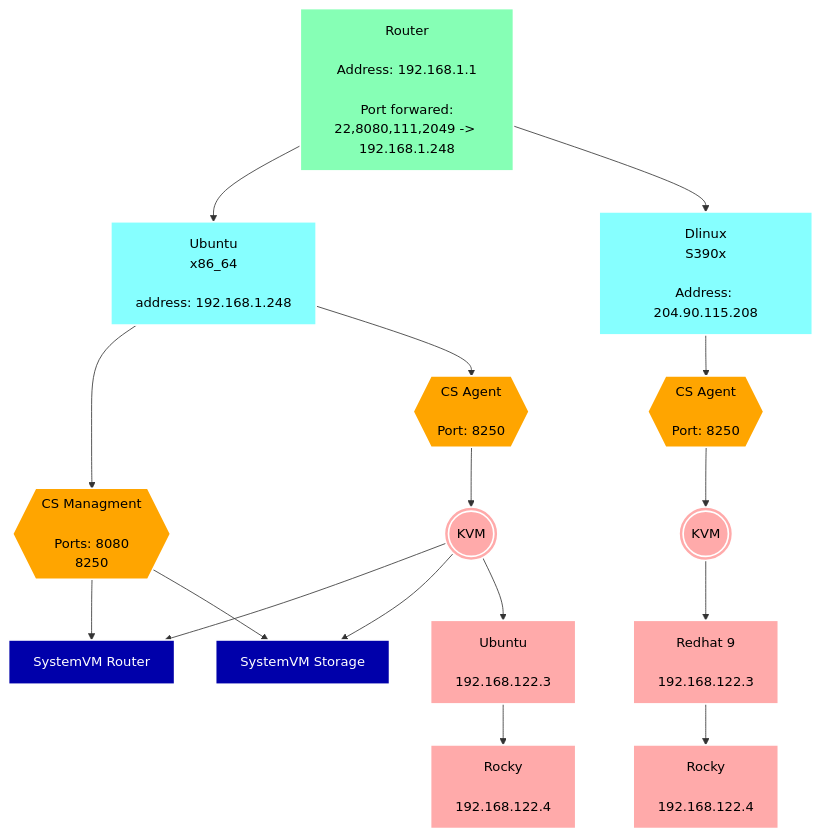
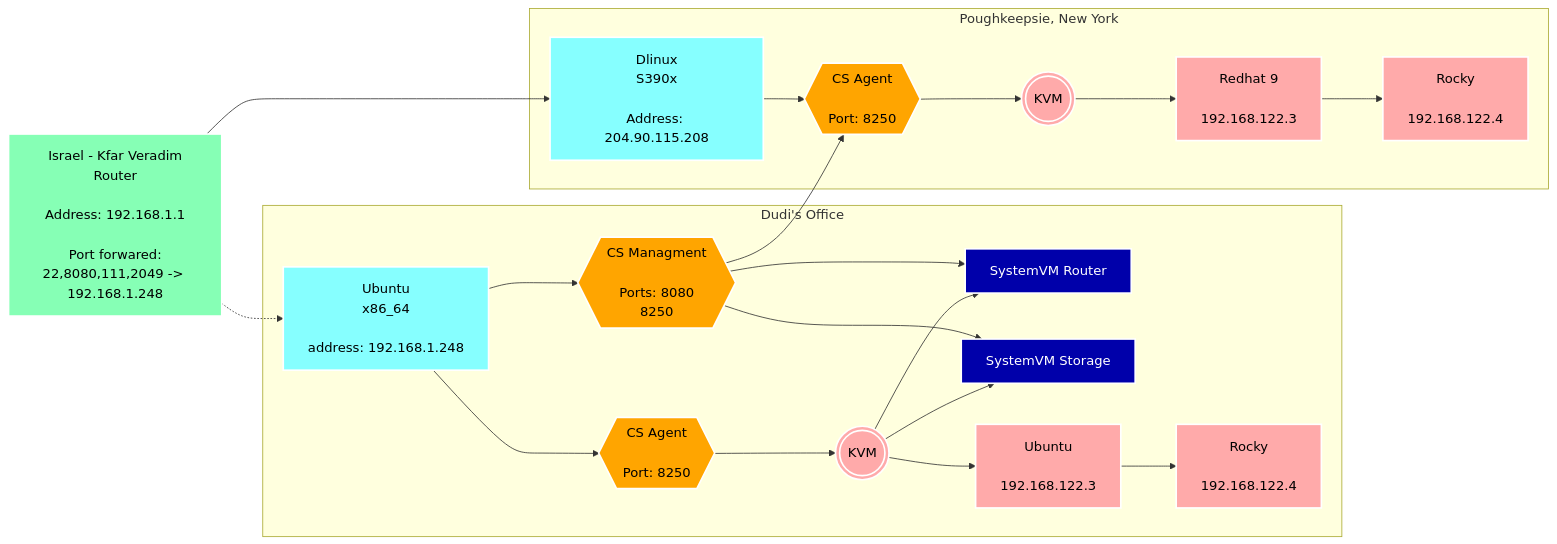
The first of 2 diagrams in README.md (davidb-logon/scripts), drawn with Mermaid before and after one commit. The commit also changed other lines of this file, not shown here.

Commit message:
update mermaid

````diff
--- a/README.md
+++ b/README.md
@@ -3,48 +3,55 @@
 ```mermaid
 
-flowchart TB
-  node_1["Router\n\nAddress: 192.168.1.1\n\nPort forwared:\n22,8080,111,2049 -#gt; 192.168.1.248"]
-  node_2["Ubuntu\nx86_64\n\naddress: 192.168.1.248"]
-  node_3["Dlinux\nS390x\n\nAddress: 204.90.115.208"]
-  node_4((("KVM")))
-  node_5((("KVM")))
-  node_6["SystemVM Router"]
-  node_7["SystemVM Storage"]
-  node_8["Ubuntu\n\n192.168.122.3"]
-  node_12["Rocky\n\n192.168.122.4"]
-  node_11["Redhat 9\n\n192.168.122.3"]
-  node_13["Rocky\n\n192.168.122.4"]
-  node_14{{"CS Managment\n\nPorts: 8080\n8250"}}
-  node_15{{"CS Agent\n\nPort: 8250"}}
-  node_16{{"CS Agent\n\nPort: 8250"}}
-  node_1 --> node_2
+flowchart LR
+  node_1["Israel - Kfar Veradim\nRouter\n\nAddress: 192.168.1.1\n\nPort forwared:\n22,8080,111,2049 -#gt; 192.168.1.248"]
+
+  subgraph Dudi's Office
+    node_2["Ubuntu\nx86_64\n\naddress: 192.168.1.248"]
+    node_4((("KVM")))
+    node_6["SystemVM Router"]
+    node_7["SystemVM Storage"]
+    node_14{{"CS Managment\n\nPorts: 8080\n8250"}}
+    node_15{{"CS Agent\n\nPort: 8250"}}
+    node_8["Ubuntu\n\n192.168.122.3"]
+    node_12["Rocky\n\n192.168.122.4"]
+  end
+  subgraph "Poughkeepsie, New York"
+    node_3["Dlinux\nS390x\n\nAddress: 204.90.115.208"]
+    node_11["Redhat 9\n\n192.168.122.3"]
+    node_13["Rocky\n\n192.168.122.4"]
+    node_5((("KVM")))
+    node_16{{"CS Agent\n\nPort: 8250"}}
+  end
+    
+  node_1 -.-> node_2
   node_1 --> node_3
   node_4 --> node_6
   node_4 --> node_7
   node_4 --> node_8
   node_5 --> node_11
   node_8 --> node_12
   node_11 --> node_13
   node_2 --> node_14
   node_14 --> node_6
   node_14 --> node_7
+  node_14 --> node_16
   node_2 --> node_15
   node_15 --> node_4
   node_3 --> node_16
   node_16 --> node_5
   style node_1 fill:#86FFB5,color:#000,stroke:#fff,stroke-width:2px
   style node_2 fill:#86FFff,color:#000,stroke:#fff,stroke-width:2px
   style node_3 fill:#86FFff,color:#000,stroke:#fff,stroke-width:2px
   style node_4 fill:#ffaaaa,color:#000,stroke:#fff,stroke-width:2px
   style node_5 fill:#ffaaaa,color:#000,stroke:#fff,stroke-width:2px
   style node_6 fill:#0000aa,color:#fff,stroke:#fff,stroke-width:2px
   style node_7 fill:#0000aa,color:#fff,stroke:#fff,stroke-width:2px
   style node_8 fill:#ffaaaa,color:#000,stroke:#fff,stroke-width:2px
   style node_11 fill:#ffaaaa,color:#000,stroke:#fff,stroke-width:2px
   style node_12 fill:#ffaaaa,color:#000,stroke:#fff,stroke-width:2px
   style node_13 fill:#ffaaaa,color:#000,stroke:#fff,stroke-width:2px
   style node_14 fill:orange,color:#000,stroke:#fff,stroke-width:2px
   style node_15 fill:orange,color:#000,stroke:#fff,stroke-width:2px
   style node_16 fill:orange,color:#000,stroke:#fff,stroke-width:2px
 
 ```
````
